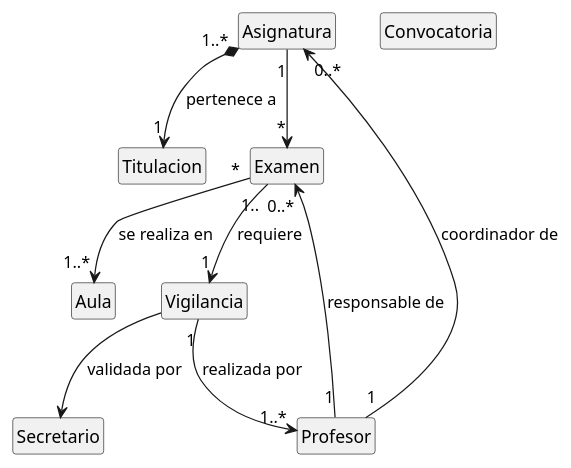
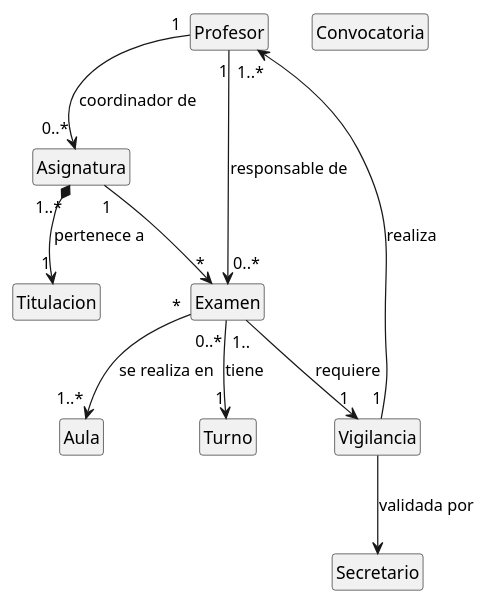
The diagram in p2-1.puml (jjrp1/PDS), drawn with PlantUML before and after one commit.

```diff
--- a/p2-1.puml
+++ b/p2-1.puml
@@ -2,32 +2,32 @@
 @startuml
 hide empty fields 
 hide empty attributes 
 hide empty methods
 hide empty members
 hide circle
 
 class Titulacion 
 class Aula 
 class Asignatura 
 class Examen 
 class Profesor 
+class Turno
 
 class Secretario
 class Convocatoria 
 class Vigilancia  
 
 Asignatura  "1..*" *--> "1" Titulacion : pertenece a 
 Asignatura "1" --> "*" Examen
 
 Profesor "1" --> "0..*" Asignatura : coordinador de 
 Profesor "1" --> "0..*" Examen : responsable de
-
-
+Profesor "1..*" <-- "1" Vigilancia : realiza
 
 Examen "*" --> "1..*" Aula : se realiza en 
 Examen "1.." --> "1" Vigilancia : requiere 
+Examen "0..*" --> "1" Turno : tiene 
 
-Vigilancia "1" --> "1..*" Profesor : realizada por 
 Vigilancia --> Secretario : validada por
 
 @enduml
```
